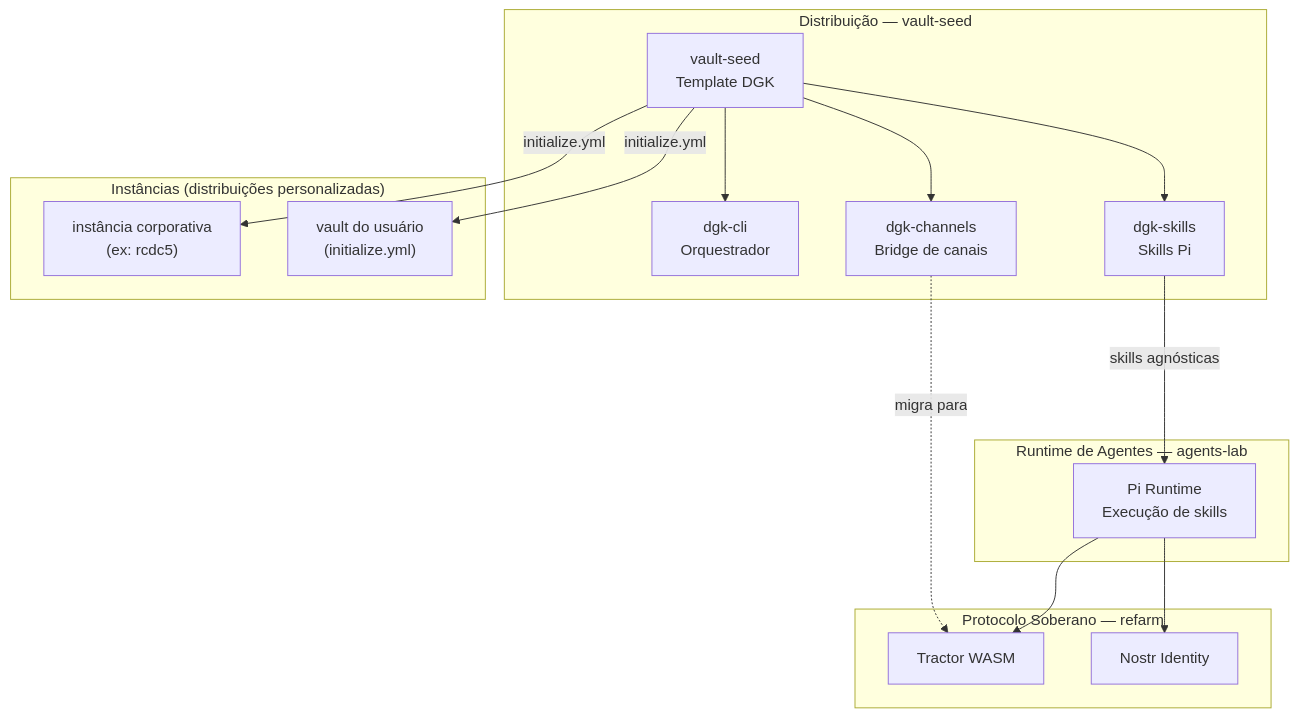
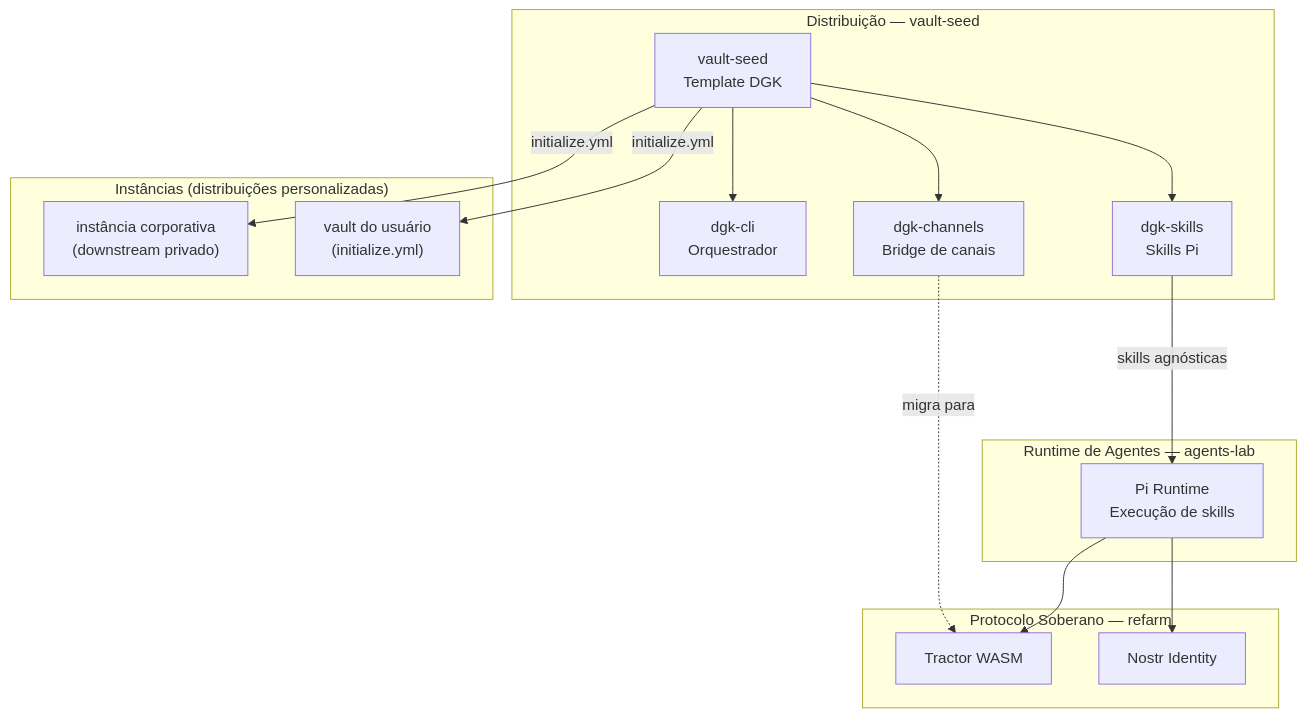
One commit to aretw0/vault-seed changed the diagram in docs/ARCHITECTURE.md. Above: the diagram before and after it, drawn with Mermaid. The commit also changed other lines of this file and 3 other files, not shown here.

````diff
--- a/docs/ARCHITECTURE.md
+++ b/docs/ARCHITECTURE.md
@@ -60,33 +60,33 @@
 ```mermaid
 graph TD
     subgraph dist["Distribuição — vault-seed"]
         VS["vault-seed\nTemplate DGK"]
         CLI["dgk-cli\nOrquestrador"]
         SKILLS["dgk-skills\nSkills Pi"]
         CHAN["dgk-channels\nBridge de canais"]
     end
 
     subgraph agents["Runtime de Agentes — agents-lab"]
         PI["Pi Runtime\nExecução de skills"]
     end
 
     subgraph protocol["Protocolo Soberano — refarm"]
         TRACT["Tractor WASM"]
         NOSTR["Nostr Identity"]
     end
 
     subgraph instances["Instâncias (distribuições personalizadas)"]
-        RC5["instância corporativa\n(ex: rcdc5)"]
+        CORP["instância corporativa\n(downstream privado)"]
         UVLT["vault do usuário\n(initialize.yml)"]
     end
 
     VS --> CLI
     VS --> SKILLS
     VS --> CHAN
     VS -->|initialize.yml| UVLT
-    VS -->|initialize.yml| RC5
+    VS -->|initialize.yml| CORP
     SKILLS --->|skills agnósticas| PI
     CHAN -.->|migra para| TRACT
     PI --> TRACT
     PI --> NOSTR
 ```
````
